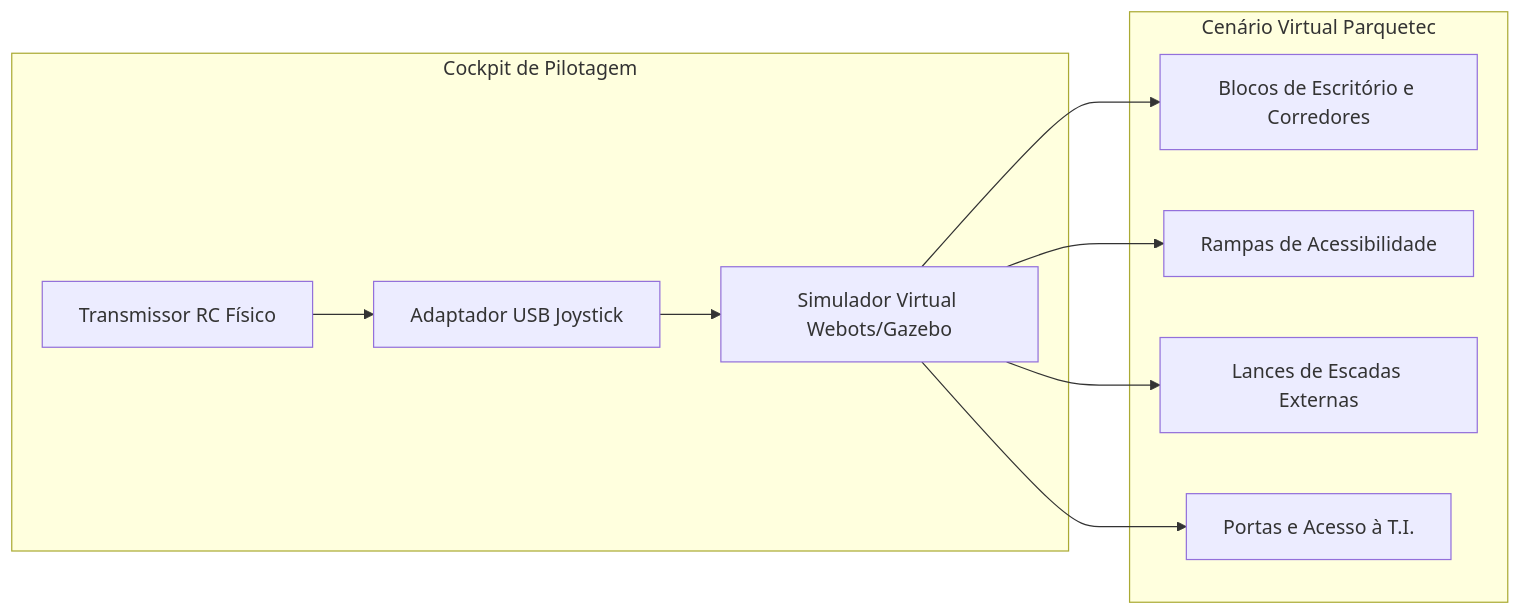
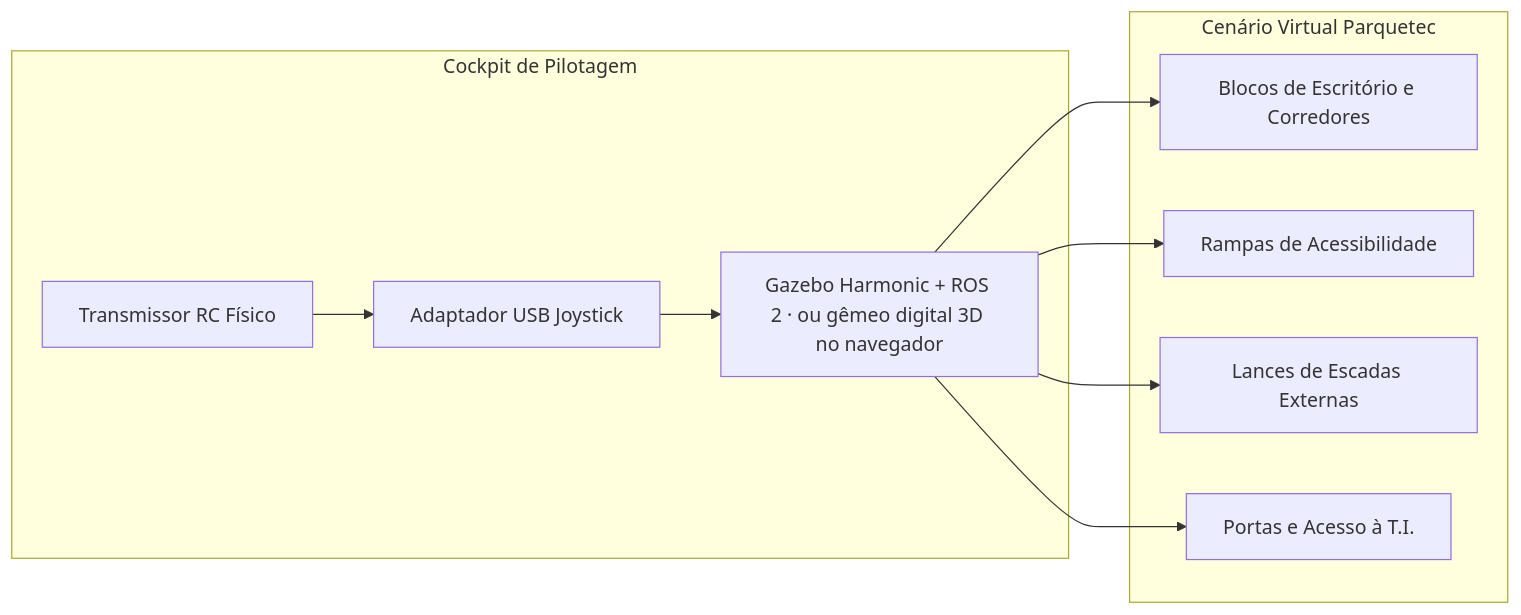
The diagram in 03_Simulacao_e_Prototipacao_Digital/03_Ambiente_Virtual_e_Digital_Twin.md (eduardomatheusfigueira/rovers), drawn with Mermaid before and after one commit. The commit also changed other lines of this file and 69 other files, not shown here.

````diff
--- a/03_Simulacao_e_Prototipacao_Digital/03_Ambiente_Virtual_e_Digital_Twin.md
+++ b/03_Simulacao_e_Prototipacao_Digital/03_Ambiente_Virtual_e_Digital_Twin.md
@@ -12,14 +28,14 @@
 ```mermaid
 graph LR
     subgraph Cockpit de Pilotagem
         Rádio[Transmissor RC Físico] --> USB[Adaptador USB Joystick]
-        USB --> SIM[Simulador Virtual Webots/Gazebo]
+        USB --> SIM[Gazebo Harmonic + ROS 2 · ou gêmeo digital 3D no navegador]
     end
 
     subgraph Cenário Virtual Parquetec
         SIM --> M1[Blocos de Escritório e Corredores]
         SIM --> M2[Rampas de Acessibilidade]
         SIM --> M3[Lances de Escadas Externas]
         SIM --> M4[Portas e Acesso à T.I.]
     end
 ```
````
